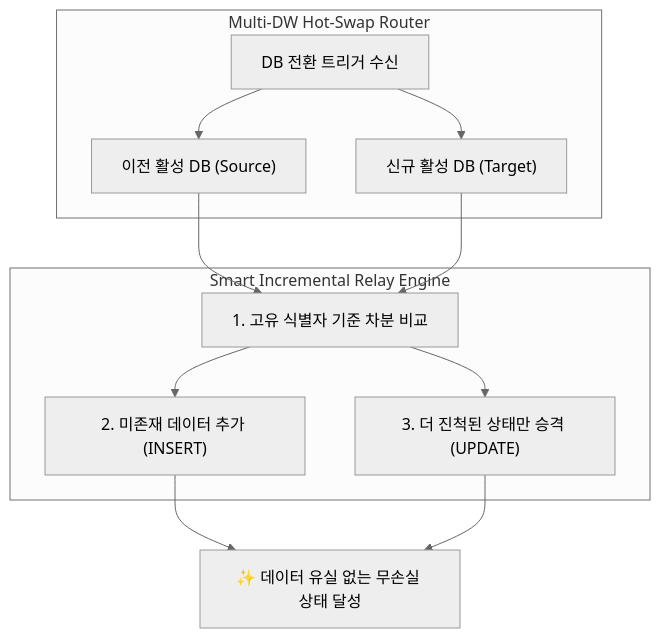
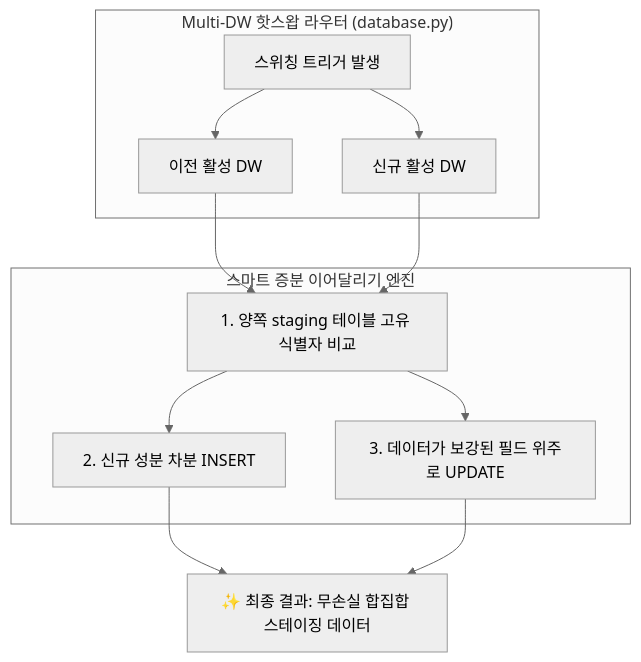
One commit to daniel-dataflow/daniel-dataflow.github.io changed the diagram in content/posts/picksafe/2026-09-10-Multi-DW-스마트-증분-이어달리기-Smart-Incremental-Relay-아키텍처.md. Above: the diagram before and after it, drawn with Mermaid (neutral theme). The commit also changed other lines of this file and 64 other files, not shown here.

````diff
--- a/content/posts/picksafe/2026-09-10-Multi-DW-스마트-증분-이어달리기-Smart-Incremental-Relay-아키텍처.md
+++ b/content/posts/picksafe/2026-09-10-Multi-DW-스마트-증분-이어달리기-Smart-Incremental-Relay-아키텍처.md
@@ -64,23 +68,23 @@
 ```mermaid
 flowchart TD
-    subgraph Router ["Multi-DW Hot-Swap Router"]
-        TRIGGER["DB 전환 트리거 수신"]
-        SOURCE["이전 활성 DB (Source)"]
-        TARGET["신규 활성 DB (Target)"]
+    subgraph DW_Router ["Multi-DW 핫스왑 라우터 (database.py)"]
+        TRIGGER["스위칭 트리거 발생"]
+        OLD_DW["이전 활성 DW"]
+        NEW_DW["신규 활성 DW"]
     end
 
-    subgraph Relay_Engine ["Smart Incremental Relay Engine"]
-        DIFF["1. 고유 식별자 기준 차분 비교"]
-        INSERT_NEW["2. 미존재 데이터 추가 (INSERT)"]
-        UPDATE_PROG["3. 더 진척된 상태만 승격 (UPDATE)"]
+    subgraph Relay_Engine ["스마트 증분 이어달리기 엔진"]
+        READ_DIFF["1. 양쪽 staging 테이블 고유 식별자 비교"]
+        INSERT_NEW["2. 신규 성분 차분 INSERT"]
+        UPDATE_PROG["3. 데이터가 보강된 필드 위주로 UPDATE"]
     end
 
-    TRIGGER --> SOURCE
-    TRIGGER --> TARGET
-    SOURCE --> DIFF
-    TARGET --> DIFF
-    DIFF --> INSERT_NEW
-    DIFF --> UPDATE_PROG
-    INSERT_NEW --> MERGED["✨ 데이터 유실 없는 무손실 상태 달성"]
-    UPDATE_PROG --> MERGED
+    TRIGGER --> OLD_DW
+    TRIGGER --> NEW_DW
+    OLD_DW --> READ_DIFF
+    NEW_DW --> READ_DIFF
+    READ_DIFF --> INSERT_NEW
+    READ_DIFF --> UPDATE_PROG
+    INSERT_NEW --> MERGED_STAGING["✨ 최종 결과: 무손실 합집합 스테이징 데이터"]
+    UPDATE_PROG --> MERGED_STAGING
 ```
````
